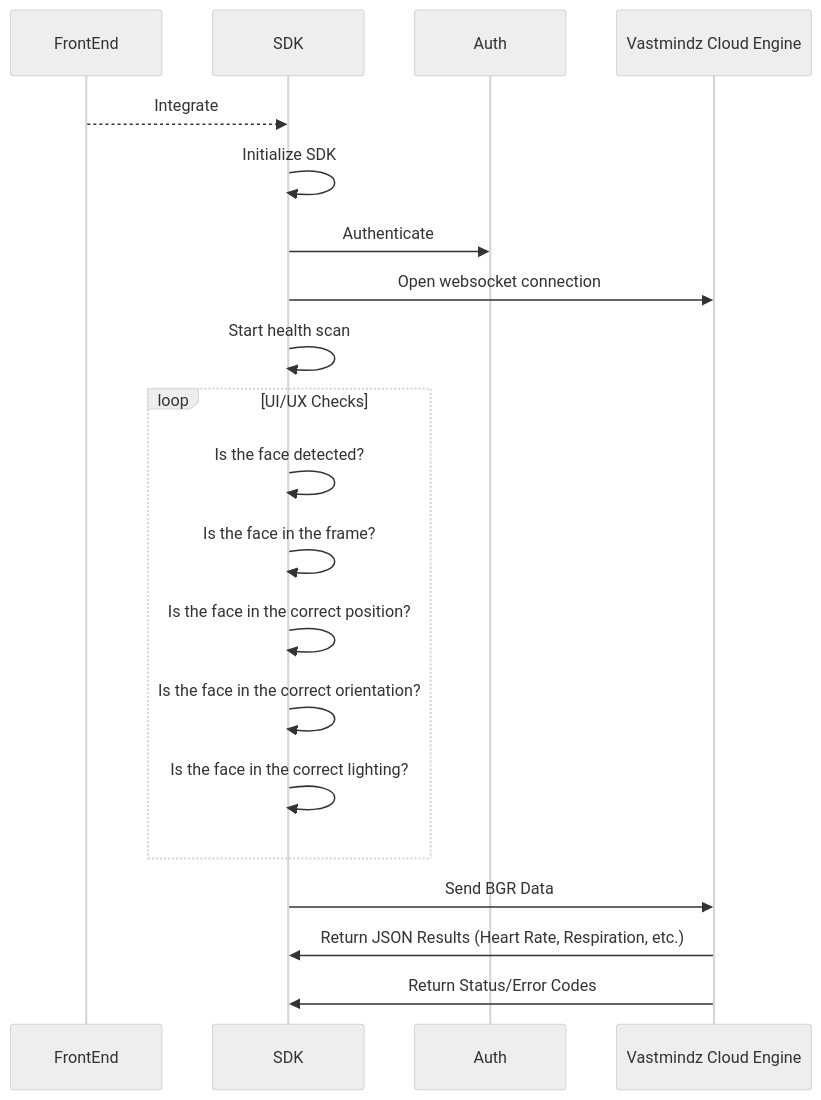
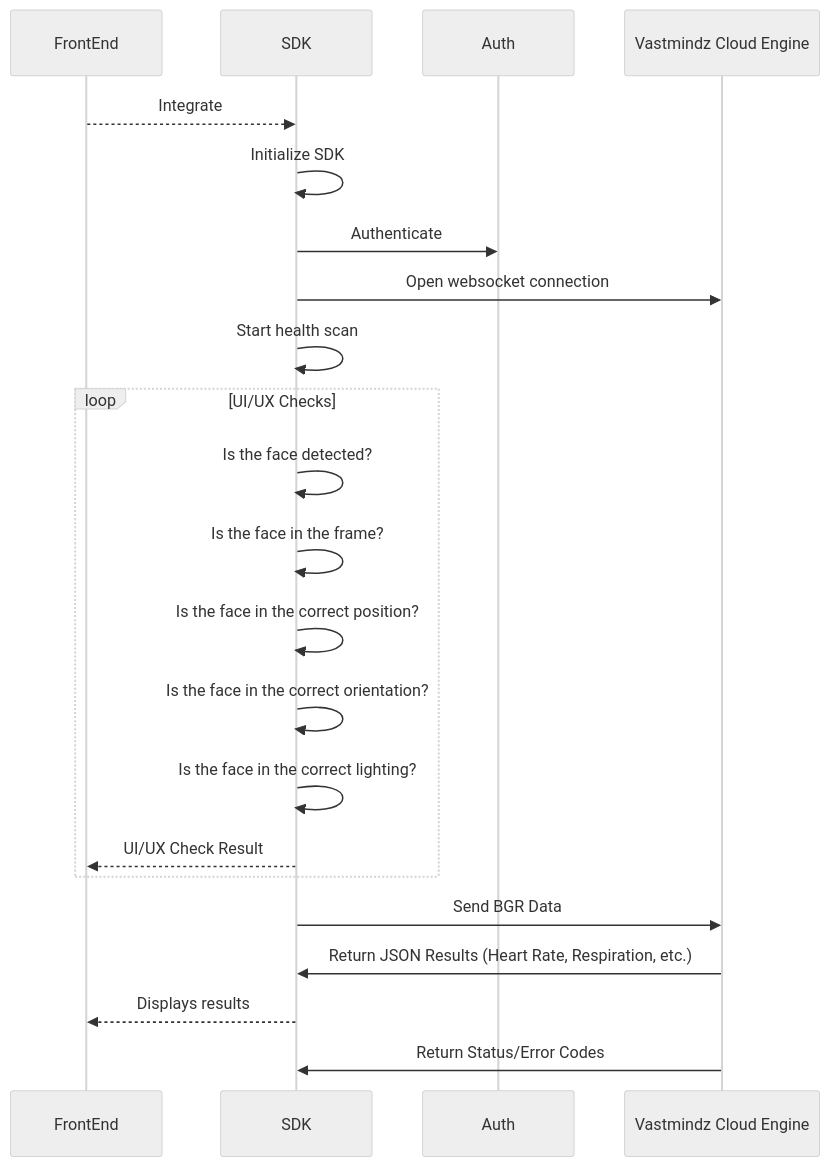
Before and after one commit to Vastmindz-Public-Repository/Web-SDK: the diagram in readme.md, drawn with Mermaid (neutral theme).

````diff
--- a/readme.md
+++ b/readme.md
@@ -58,22 +58,24 @@
 ```mermaid
 sequenceDiagram
     participant FrontEnd
     FrontEnd-->>SDK: Integrate
     participant SDK
     SDK->>SDK: Initialize SDK
     participant Auth
     participant Vastmindz Cloud Engine
     SDK->>Auth: Authenticate
     SDK->>Vastmindz Cloud Engine: Open websocket connection
     SDK->>SDK: Start health scan
     loop UI/UX Checks
         SDK->>SDK: Is the face detected?
         SDK->>SDK: Is the face in the frame?
         SDK->>SDK: Is the face in the correct position?
         SDK->>SDK: Is the face in the correct orientation?
         SDK->>SDK: Is the face in the correct lighting?
+        SDK-->>FrontEnd: UI/UX Check Result
     end
     SDK->>Vastmindz Cloud Engine: Send BGR Data
     Vastmindz Cloud Engine->>SDK: Return JSON Results (Heart Rate, Respiration, etc.)
+    SDK-->>FrontEnd: Displays results
     Vastmindz Cloud Engine->>SDK: Return Status/Error Codes
 ```
````
